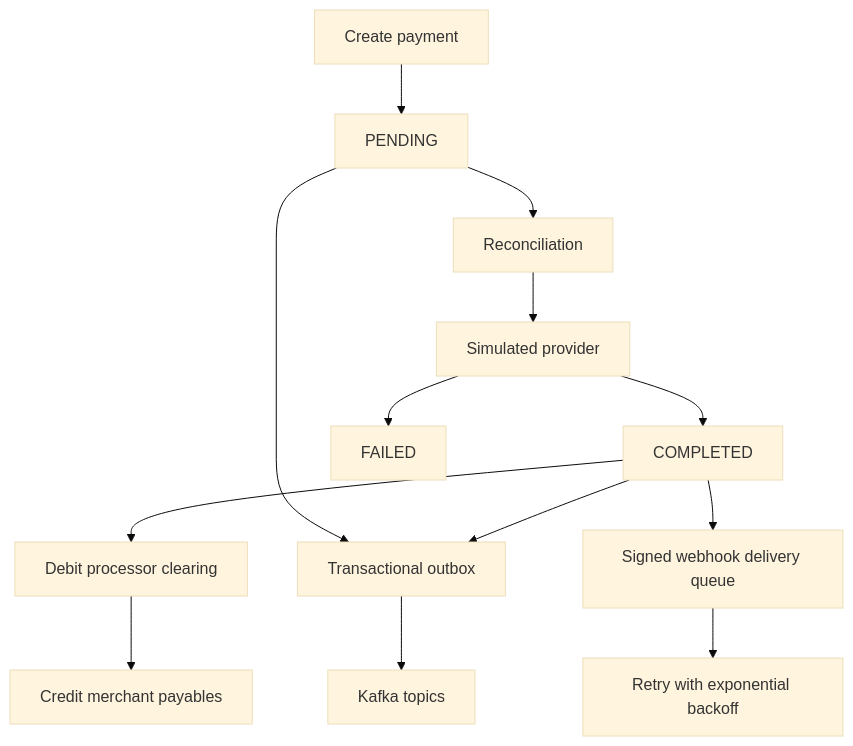
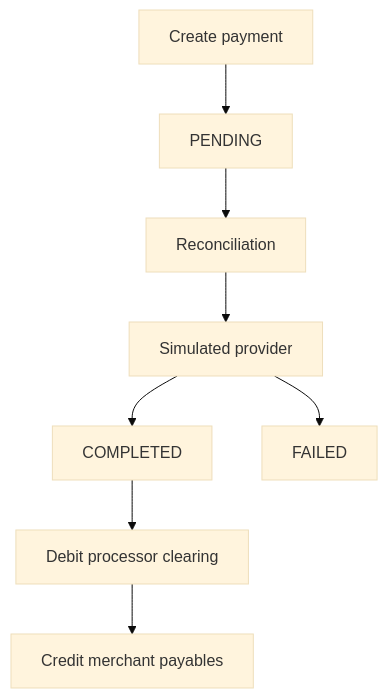
One commit to Prasanna9145/fluxpay changed the second of 2 diagrams in README.md. Above: the diagram before and after it, drawn with Mermaid (base theme). The commit also changed other lines of this file, not shown here.

````diff
--- a/README.md
+++ b/README.md
@@ -128,15 +336,10 @@
 ```mermaid
 flowchart TD
     A[Create payment] --> B[PENDING]
     B --> C[Reconciliation]
     C --> D[Simulated provider]
     D --> E[COMPLETED]
     D --> F[FAILED]
     E --> G[Debit processor clearing]
     G --> H[Credit merchant payables]
-    B --> I[Transactional outbox]
-    E --> I
-    I --> J[Kafka topics]
-    E --> K[Signed webhook delivery queue]
-    K --> L[Retry with exponential backoff]
 ```
````
